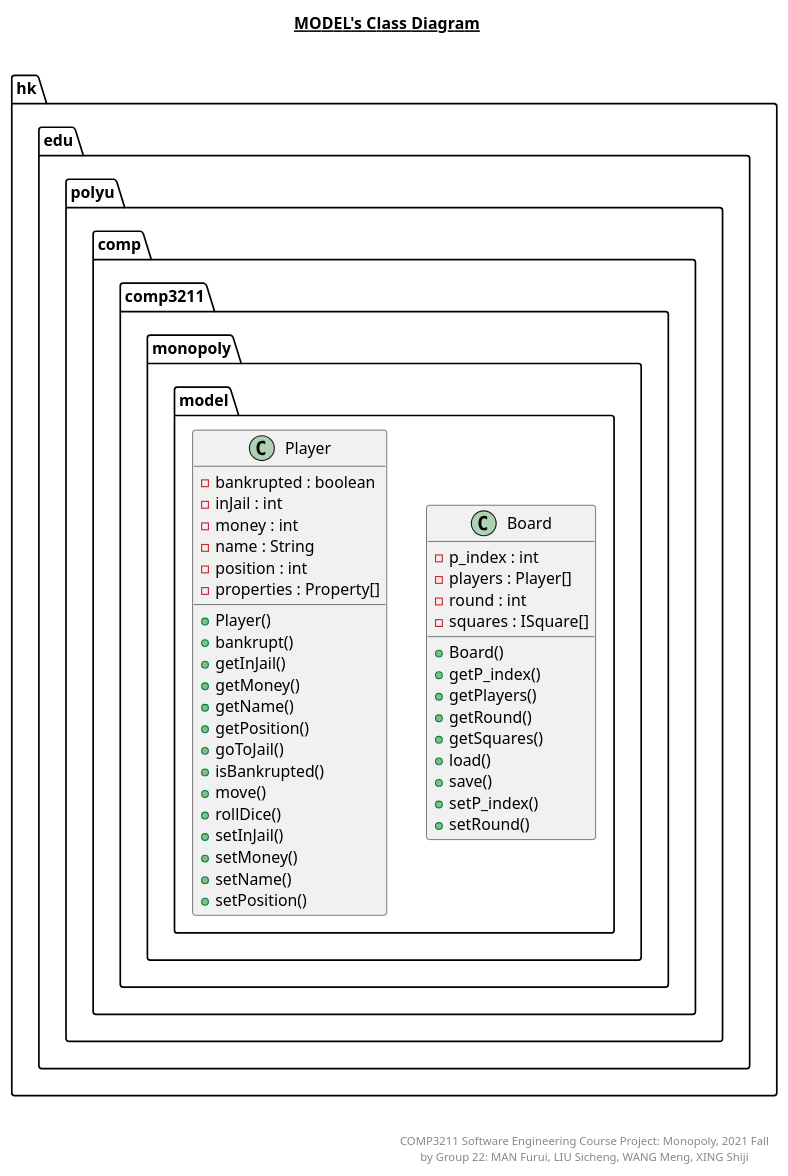
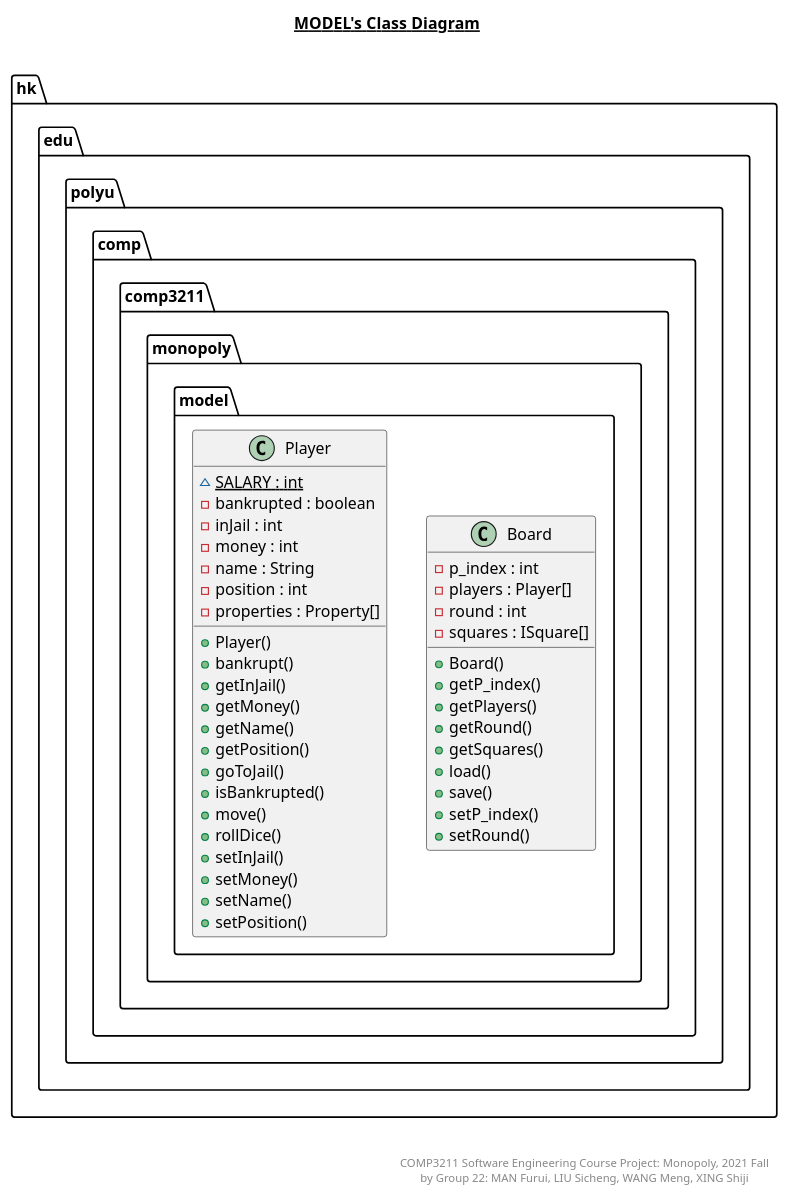
The diagram in res/plantuml/model.plantuml (Moenupa/Monopoly), drawn with PlantUML before and after one commit. The commit also changed 143 other files, not shown here.

```diff
--- a/res/plantuml/model.plantuml
+++ b/res/plantuml/model.plantuml
@@ -1,63 +1,64 @@
 @startuml
 
 title __MODEL's Class Diagram__\n
 
   namespace hk.edu.polyu.comp.comp3211.monopoly {
     namespace model {
       class hk.edu.polyu.comp.comp3211.monopoly.model.Board {
           - p_index : int
           - players : Player[]
           - round : int
           - squares : ISquare[]
           + Board()
           + getP_index()
           + getPlayers()
           + getRound()
           + getSquares()
           + load()
           + save()
           + setP_index()
           + setRound()
       }
     }
   }
   
 
   namespace hk.edu.polyu.comp.comp3211.monopoly {
     namespace model {
       class hk.edu.polyu.comp.comp3211.monopoly.model.Player {
+          {static} ~ SALARY : int
           - bankrupted : boolean
           - inJail : int
           - money : int
           - name : String
           - position : int
           - properties : Property[]
           + Player()
           + bankrupt()
           + getInJail()
           + getMoney()
           + getName()
           + getPosition()
           + goToJail()
           + isBankrupted()
           + move()
           + rollDice()
           + setInJail()
           + setMoney()
           + setName()
           + setPosition()
       }
     }
   }
   
 
 
 
 right footer
 
 
 COMP3211 Software Engineering Course Project: Monopoly, 2021 Fall
 by Group 22: MAN Furui, LIU Sicheng, WANG Meng, XING Shiji
 endfooter
 
 @enduml
```
